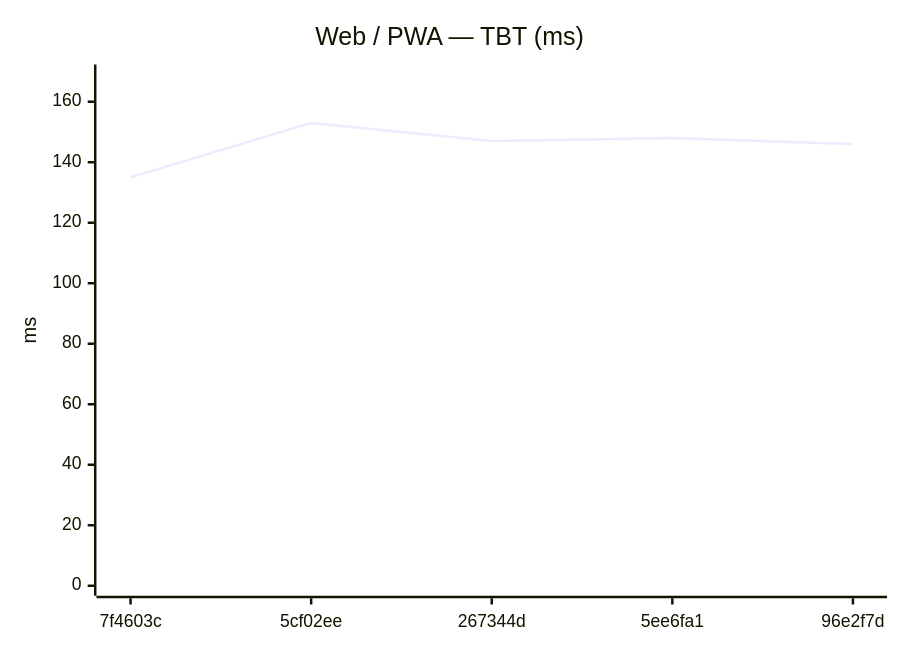
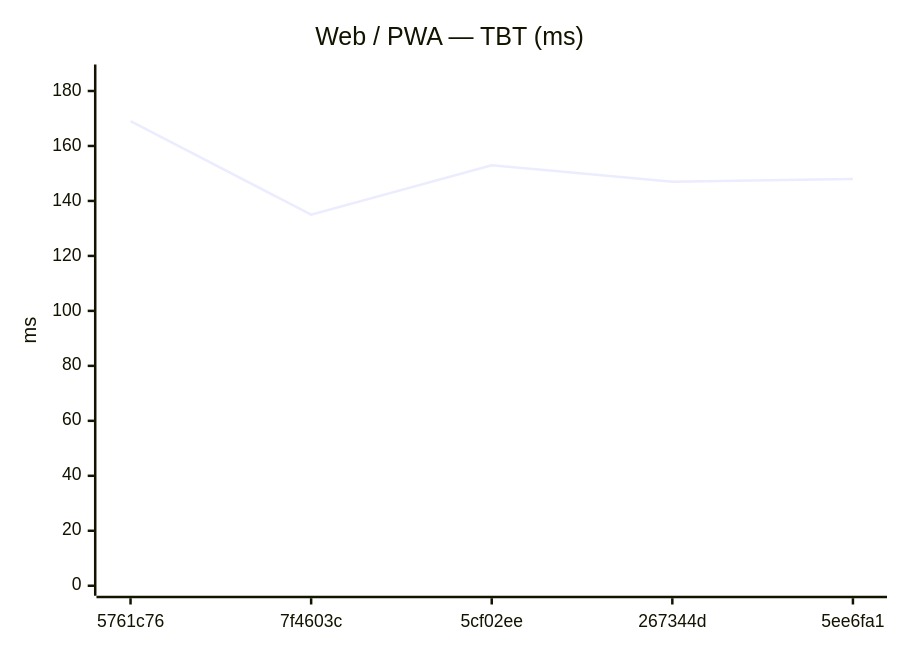
Before and after one commit to Metaheurist/Rianell: the eighth of 18 diagrams in benchmarks/compare.md, drawn with Mermaid. The commit also changed other lines of this file and 11 other files, not shown here.

````diff
--- a/benchmarks/compare.md
+++ b/benchmarks/compare.md
@@ -124,7 +124,7 @@
 ```mermaid
 xychart-beta
     title "Web / PWA — TBT (ms)"
-    x-axis ["7f4603c", "5cf02ee", "267344d", "5ee6fa1", "96e2f7d"]
-    y-axis "ms" 0 --> 169
-    line [135, 153, 147, 148, 146]
+    x-axis ["5761c76", "7f4603c", "5cf02ee", "267344d", "5ee6fa1"]
+    y-axis "ms" 0 --> 186
+    line [169, 135, 153, 147, 148]
 ```
````
